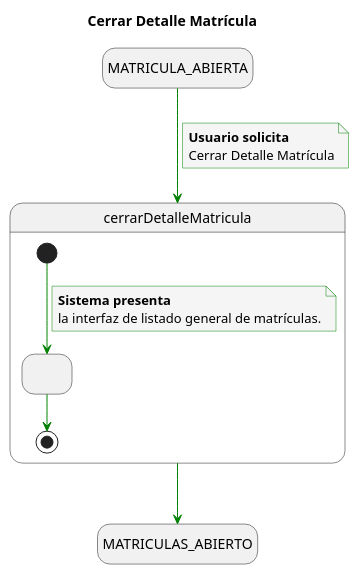
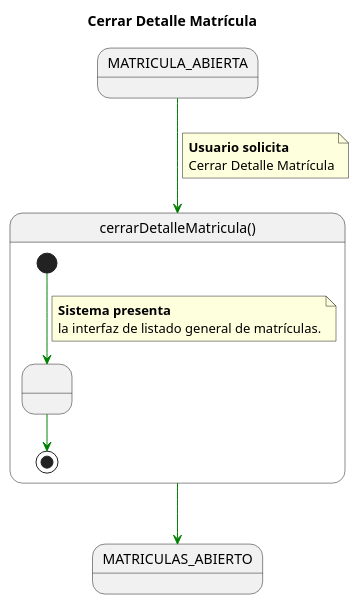
One commit to enmabry/25-26-IdSw1-SdR changed the diagram in documents/CasosDeUso/DetalladoCasosDeUso/Secretaria/cerrarDetalleMatricula.puml. Above: the diagram before and after it, drawn with PlantUML. The commit also changed 21 other files, not shown here.

```diff
--- a/documents/CasosDeUso/DetalladoCasosDeUso/Secretaria/cerrarDetalleMatricula.puml
+++ b/documents/CasosDeUso/DetalladoCasosDeUso/Secretaria/cerrarDetalleMatricula.puml
@@ -1,39 +1,31 @@
 @startuml
 title Cerrar Detalle Matrícula
 
-' --- CONFIGURACIÓN DE ESTILO (Idéntico a tus ejemplos) ---
-skinparam {
-    NoteBackgroundColor #whiteSmoke
-    ArrowColor #green
-    NoteBorderColor #green
-    linetype polyline
-}
-
-hide empty description
+skinparam linetype polyline
 
 state startState as "MATRICULA_ABIERTA"
 state endState as "MATRICULAS_ABIERTO"
 
-startState --> cerrarDetalleMatricula
+startState -[#green]-> cerrarDetalleMatricula
 note on link
     <b>Usuario solicita</b>
     Cerrar Detalle Matrícula
 end note
 
-state cerrarDetalleMatricula {
+state cerrarDetalleMatricula as "cerrarDetalleMatricula()" {
     state MuestraListado as " "
 
     ' 1. Inicio: El sistema realiza la acción
-    [*] --> MuestraListado
+    [*] -[#green]-> MuestraListado
     note on link
         <b>Sistema presenta</b>
         la interfaz de listado general de matrículas.
     end note
 
     ' 2. Fin: El caso de uso interno finaliza
-    MuestraListado --> [*]
+    MuestraListado -[#green]-> [*]
 }
 
-cerrarDetalleMatricula --> endState
+cerrarDetalleMatricula -[#green]-> endState
 
 @enduml
```
